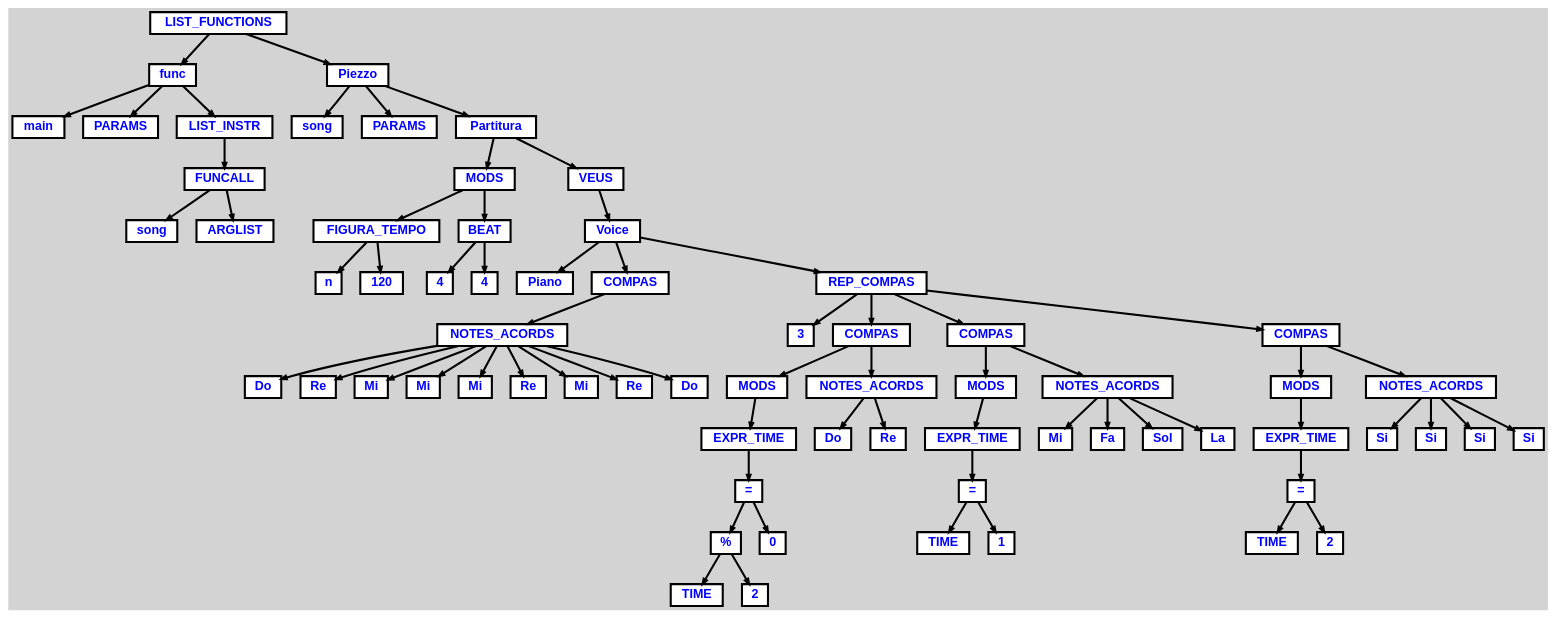
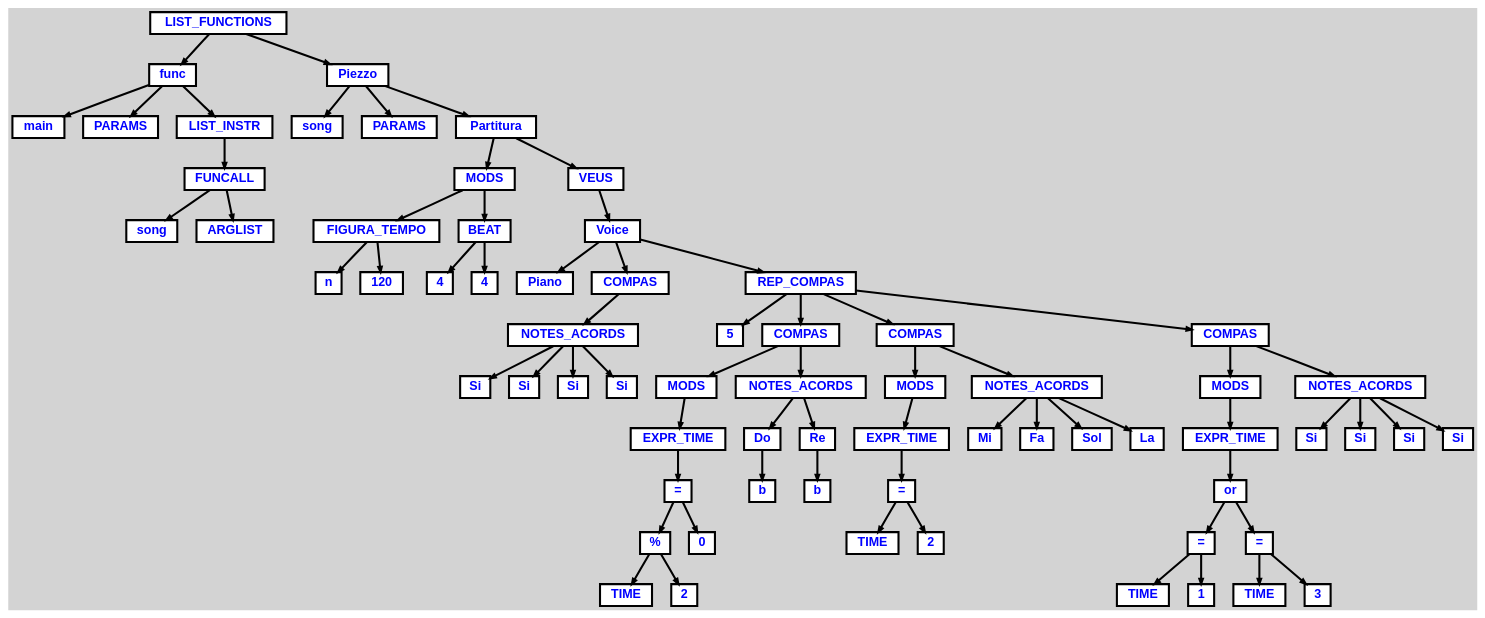
The diagram in inputs/input5.dot (marcbenedi/MusicLanguage), drawn with Graphviz before and after one commit. The commit also changed 4 other files, not shown here.

```diff
--- a/inputs/input5.dot
+++ b/inputs/input5.dot
@@ -1,175 +1,181 @@
 digraph {
 
 	ordering=out;
 	ranksep=.4;
 	bgcolor="lightgrey"; node [shape=box, fixedsize=false, fontsize=12, fontname="Helvetica-bold", fontcolor="blue"
 		width=.25, height=.25, color="black", fillcolor="white", style="filled, solid, bold"];
 	edge [arrowsize=.5, color="black", style="bold"]
 
   n0 [label="LIST_FUNCTIONS"];
   n1 [label="func"];
   n1 [label="func"];
   n2 [label="main"];
   n3 [label="PARAMS"];
   n4 [label="LIST_INSTR"];
   n4 [label="LIST_INSTR"];
   n5 [label="FUNCALL"];
   n5 [label="FUNCALL"];
   n6 [label="song"];
   n7 [label="ARGLIST"];
   n8 [label="Piezzo"];
   n8 [label="Piezzo"];
   n9 [label="song"];
   n10 [label="PARAMS"];
   n11 [label="Partitura"];
   n11 [label="Partitura"];
   n12 [label="MODS"];
   n12 [label="MODS"];
   n13 [label="FIGURA_TEMPO"];
   n13 [label="FIGURA_TEMPO"];
   n14 [label="n"];
   n15 [label="120"];
   n16 [label="BEAT"];
   n16 [label="BEAT"];
   n17 [label="4"];
   n18 [label="4"];
   n19 [label="VEUS"];
   n19 [label="VEUS"];
   n20 [label="Voice"];
   n20 [label="Voice"];
   n21 [label="Piano"];
   n22 [label="COMPAS"];
   n22 [label="COMPAS"];
   n23 [label="NOTES_ACORDS"];
   n23 [label="NOTES_ACORDS"];
-  n24 [label="Do"];
-  n25 [label="Re"];
-  n26 [label="Mi"];
-  n27 [label="Mi"];
-  n28 [label="Mi"];
-  n29 [label="Re"];
-  n30 [label="Mi"];
-  n31 [label="Re"];
-  n32 [label="Do"];
-  n33 [label="REP_COMPAS"];
-  n33 [label="REP_COMPAS"];
-  n34 [label="3"];
-  n35 [label="COMPAS"];
-  n35 [label="COMPAS"];
-  n36 [label="MODS"];
-  n36 [label="MODS"];
-  n37 [label="EXPR_TIME"];
-  n37 [label="EXPR_TIME"];
-  n38 [label="="];
-  n38 [label="="];
-  n39 [label="%"];
-  n39 [label="%"];
-  n40 [label="TIME"];
-  n41 [label="2"];
-  n42 [label="0"];
-  n43 [label="NOTES_ACORDS"];
-  n43 [label="NOTES_ACORDS"];
-  n44 [label="Do"];
-  n45 [label="Re"];
-  n46 [label="COMPAS"];
-  n46 [label="COMPAS"];
-  n47 [label="MODS"];
-  n47 [label="MODS"];
-  n48 [label="EXPR_TIME"];
-  n48 [label="EXPR_TIME"];
-  n49 [label="="];
-  n49 [label="="];
-  n50 [label="TIME"];
-  n51 [label="1"];
-  n52 [label="NOTES_ACORDS"];
-  n52 [label="NOTES_ACORDS"];
-  n53 [label="Mi"];
-  n54 [label="Fa"];
-  n55 [label="Sol"];
-  n56 [label="La"];
-  n57 [label="COMPAS"];
-  n57 [label="COMPAS"];
-  n58 [label="MODS"];
-  n58 [label="MODS"];
-  n59 [label="EXPR_TIME"];
-  n59 [label="EXPR_TIME"];
-  n60 [label="="];
-  n60 [label="="];
-  n61 [label="TIME"];
-  n62 [label="2"];
-  n63 [label="NOTES_ACORDS"];
-  n63 [label="NOTES_ACORDS"];
-  n64 [label="Si"];
+  n24 [label="Si"];
+  n25 [label="Si"];
+  n26 [label="Si"];
+  n27 [label="Si"];
+  n28 [label="REP_COMPAS"];
+  n28 [label="REP_COMPAS"];
+  n29 [label="5"];
+  n30 [label="COMPAS"];
+  n30 [label="COMPAS"];
+  n31 [label="MODS"];
+  n31 [label="MODS"];
+  n32 [label="EXPR_TIME"];
+  n32 [label="EXPR_TIME"];
+  n33 [label="="];
+  n33 [label="="];
+  n34 [label="%"];
+  n34 [label="%"];
+  n35 [label="TIME"];
+  n36 [label="2"];
+  n37 [label="0"];
+  n38 [label="NOTES_ACORDS"];
+  n38 [label="NOTES_ACORDS"];
+  n39 [label="Do"];
+  n39 [label="Do"];
+  n40 [label="b"];
+  n41 [label="Re"];
+  n41 [label="Re"];
+  n42 [label="b"];
+  n43 [label="COMPAS"];
+  n43 [label="COMPAS"];
+  n44 [label="MODS"];
+  n44 [label="MODS"];
+  n45 [label="EXPR_TIME"];
+  n45 [label="EXPR_TIME"];
+  n46 [label="="];
+  n46 [label="="];
+  n47 [label="TIME"];
+  n48 [label="2"];
+  n49 [label="NOTES_ACORDS"];
+  n49 [label="NOTES_ACORDS"];
+  n50 [label="Mi"];
+  n51 [label="Fa"];
+  n52 [label="Sol"];
+  n53 [label="La"];
+  n54 [label="COMPAS"];
+  n54 [label="COMPAS"];
+  n55 [label="MODS"];
+  n55 [label="MODS"];
+  n56 [label="EXPR_TIME"];
+  n56 [label="EXPR_TIME"];
+  n57 [label="or"];
+  n57 [label="or"];
+  n58 [label="="];
+  n58 [label="="];
+  n59 [label="TIME"];
+  n60 [label="1"];
+  n61 [label="="];
+  n61 [label="="];
+  n62 [label="TIME"];
+  n63 [label="3"];
+  n64 [label="NOTES_ACORDS"];
+  n64 [label="NOTES_ACORDS"];
   n65 [label="Si"];
   n66 [label="Si"];
   n67 [label="Si"];
+  n68 [label="Si"];
 
   n0 -> n1 // "LIST_FUNCTIONS" -> "func"
   n1 -> n2 // "func" -> "main"
   n1 -> n3 // "func" -> "PARAMS"
   n1 -> n4 // "func" -> "LIST_INSTR"
   n4 -> n5 // "LIST_INSTR" -> "FUNCALL"
   n5 -> n6 // "FUNCALL" -> "song"
   n5 -> n7 // "FUNCALL" -> "ARGLIST"
   n0 -> n8 // "LIST_FUNCTIONS" -> "Piezzo"
   n8 -> n9 // "Piezzo" -> "song"
   n8 -> n10 // "Piezzo" -> "PARAMS"
   n8 -> n11 // "Piezzo" -> "Partitura"
   n11 -> n12 // "Partitura" -> "MODS"
   n12 -> n13 // "MODS" -> "FIGURA_TEMPO"
   n13 -> n14 // "FIGURA_TEMPO" -> "n"
   n13 -> n15 // "FIGURA_TEMPO" -> "120"
   n12 -> n16 // "MODS" -> "BEAT"
   n16 -> n17 // "BEAT" -> "4"
   n16 -> n18 // "BEAT" -> "4"
   n11 -> n19 // "Partitura" -> "VEUS"
   n19 -> n20 // "VEUS" -> "Voice"
   n20 -> n21 // "Voice" -> "Piano"
   n20 -> n22 // "Voice" -> "COMPAS"
   n22 -> n23 // "COMPAS" -> "NOTES_ACORDS"
-  n23 -> n24 // "NOTES_ACORDS" -> "Do"
-  n23 -> n25 // "NOTES_ACORDS" -> "Re"
-  n23 -> n26 // "NOTES_ACORDS" -> "Mi"
-  n23 -> n27 // "NOTES_ACORDS" -> "Mi"
-  n23 -> n28 // "NOTES_ACORDS" -> "Mi"
-  n23 -> n29 // "NOTES_ACORDS" -> "Re"
-  n23 -> n30 // "NOTES_ACORDS" -> "Mi"
-  n23 -> n31 // "NOTES_ACORDS" -> "Re"
-  n23 -> n32 // "NOTES_ACORDS" -> "Do"
-  n20 -> n33 // "Voice" -> "REP_COMPAS"
-  n33 -> n34 // "REP_COMPAS" -> "3"
-  n33 -> n35 // "REP_COMPAS" -> "COMPAS"
-  n35 -> n36 // "COMPAS" -> "MODS"
-  n36 -> n37 // "MODS" -> "EXPR_TIME"
-  n37 -> n38 // "EXPR_TIME" -> "="
-  n38 -> n39 // "=" -> "%"
-  n39 -> n40 // "%" -> "TIME"
-  n39 -> n41 // "%" -> "2"
-  n38 -> n42 // "=" -> "0"
-  n35 -> n43 // "COMPAS" -> "NOTES_ACORDS"
-  n43 -> n44 // "NOTES_ACORDS" -> "Do"
-  n43 -> n45 // "NOTES_ACORDS" -> "Re"
-  n33 -> n46 // "REP_COMPAS" -> "COMPAS"
-  n46 -> n47 // "COMPAS" -> "MODS"
-  n47 -> n48 // "MODS" -> "EXPR_TIME"
-  n48 -> n49 // "EXPR_TIME" -> "="
-  n49 -> n50 // "=" -> "TIME"
-  n49 -> n51 // "=" -> "1"
-  n46 -> n52 // "COMPAS" -> "NOTES_ACORDS"
-  n52 -> n53 // "NOTES_ACORDS" -> "Mi"
-  n52 -> n54 // "NOTES_ACORDS" -> "Fa"
-  n52 -> n55 // "NOTES_ACORDS" -> "Sol"
-  n52 -> n56 // "NOTES_ACORDS" -> "La"
-  n33 -> n57 // "REP_COMPAS" -> "COMPAS"
-  n57 -> n58 // "COMPAS" -> "MODS"
-  n58 -> n59 // "MODS" -> "EXPR_TIME"
-  n59 -> n60 // "EXPR_TIME" -> "="
-  n60 -> n61 // "=" -> "TIME"
-  n60 -> n62 // "=" -> "2"
-  n57 -> n63 // "COMPAS" -> "NOTES_ACORDS"
-  n63 -> n64 // "NOTES_ACORDS" -> "Si"
-  n63 -> n65 // "NOTES_ACORDS" -> "Si"
-  n63 -> n66 // "NOTES_ACORDS" -> "Si"
-  n63 -> n67 // "NOTES_ACORDS" -> "Si"
+  n23 -> n24 // "NOTES_ACORDS" -> "Si"
+  n23 -> n25 // "NOTES_ACORDS" -> "Si"
+  n23 -> n26 // "NOTES_ACORDS" -> "Si"
+  n23 -> n27 // "NOTES_ACORDS" -> "Si"
+  n20 -> n28 // "Voice" -> "REP_COMPAS"
+  n28 -> n29 // "REP_COMPAS" -> "5"
+  n28 -> n30 // "REP_COMPAS" -> "COMPAS"
+  n30 -> n31 // "COMPAS" -> "MODS"
+  n31 -> n32 // "MODS" -> "EXPR_TIME"
+  n32 -> n33 // "EXPR_TIME" -> "="
+  n33 -> n34 // "=" -> "%"
+  n34 -> n35 // "%" -> "TIME"
+  n34 -> n36 // "%" -> "2"
+  n33 -> n37 // "=" -> "0"
+  n30 -> n38 // "COMPAS" -> "NOTES_ACORDS"
+  n38 -> n39 // "NOTES_ACORDS" -> "Do"
+  n39 -> n40 // "Do" -> "b"
+  n38 -> n41 // "NOTES_ACORDS" -> "Re"
+  n41 -> n42 // "Re" -> "b"
+  n28 -> n43 // "REP_COMPAS" -> "COMPAS"
+  n43 -> n44 // "COMPAS" -> "MODS"
+  n44 -> n45 // "MODS" -> "EXPR_TIME"
+  n45 -> n46 // "EXPR_TIME" -> "="
+  n46 -> n47 // "=" -> "TIME"
+  n46 -> n48 // "=" -> "2"
+  n43 -> n49 // "COMPAS" -> "NOTES_ACORDS"
+  n49 -> n50 // "NOTES_ACORDS" -> "Mi"
+  n49 -> n51 // "NOTES_ACORDS" -> "Fa"
+  n49 -> n52 // "NOTES_ACORDS" -> "Sol"
+  n49 -> n53 // "NOTES_ACORDS" -> "La"
+  n28 -> n54 // "REP_COMPAS" -> "COMPAS"
+  n54 -> n55 // "COMPAS" -> "MODS"
+  n55 -> n56 // "MODS" -> "EXPR_TIME"
+  n56 -> n57 // "EXPR_TIME" -> "or"
+  n57 -> n58 // "or" -> "="
+  n58 -> n59 // "=" -> "TIME"
+  n58 -> n60 // "=" -> "1"
+  n57 -> n61 // "or" -> "="
+  n61 -> n62 // "=" -> "TIME"
+  n61 -> n63 // "=" -> "3"
+  n54 -> n64 // "COMPAS" -> "NOTES_ACORDS"
+  n64 -> n65 // "NOTES_ACORDS" -> "Si"
+  n64 -> n66 // "NOTES_ACORDS" -> "Si"
+  n64 -> n67 // "NOTES_ACORDS" -> "Si"
+  n64 -> n68 // "NOTES_ACORDS" -> "Si"
 
 }
```
